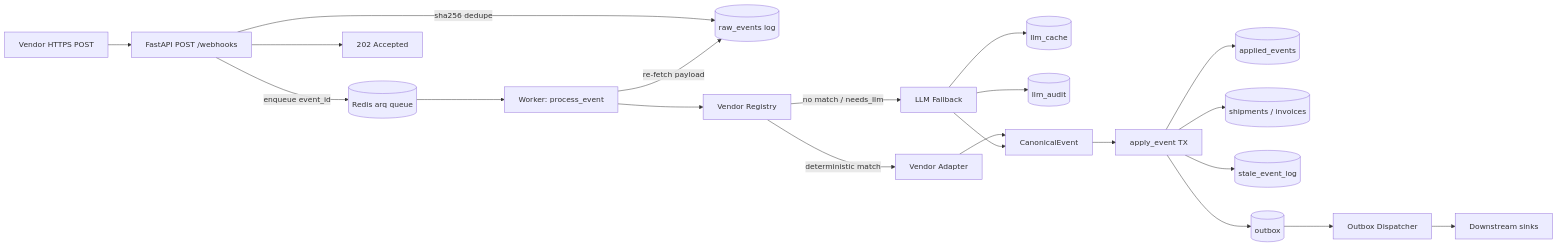
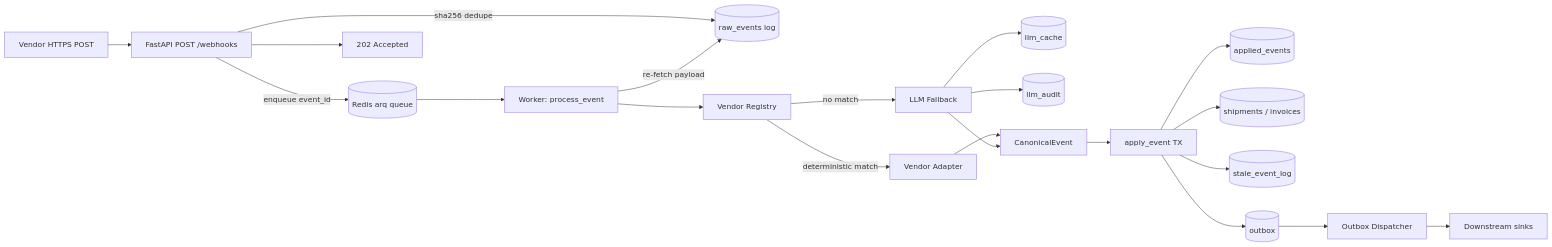
One commit to SanjayTiwari27/gls-assessment changed the diagram in README.md. Above: the diagram before and after it, drawn with Mermaid. The commit also changed other lines of this file, not shown here.

First line of the commit message:
docs: tighten README to problem, architecture, metrics, decisions, trade-offs, roadmap

````diff
--- a/README.md
+++ b/README.md
@@ -45,23 +19,23 @@
 ```mermaid
 flowchart LR
   Vendor[Vendor HTTPS POST] --> Receiver["FastAPI POST /webhooks"]
   Receiver -->|sha256 dedupe| RawEvents[(raw_events log)]
   Receiver -->|enqueue event_id| Queue[(Redis arq queue)]
   Receiver --> Ack[202 Accepted]
   Queue --> Worker[Worker: process_event]
   Worker -->|re-fetch payload| RawEvents
   Worker --> Registry[Vendor Registry]
   Registry -->|deterministic match| Adapter[Vendor Adapter]
-  Registry -->|no match / needs_llm| LLM[LLM Fallback]
+  Registry -->|no match| LLM[LLM Fallback]
   LLM --> Cache[(llm_cache)]
   LLM --> Audit[(llm_audit)]
   Adapter --> Canonical[CanonicalEvent]
   LLM --> Canonical
   Canonical --> StateMachine["apply_event TX"]
   StateMachine --> Applied[(applied_events)]
   StateMachine --> Projections[(shipments / invoices)]
   StateMachine --> Stale[(stale_event_log)]
   StateMachine --> Outbox[(outbox)]
   Outbox --> Dispatcher[Outbox Dispatcher]
   Dispatcher --> Downstream[Downstream sinks]
 ```
````
